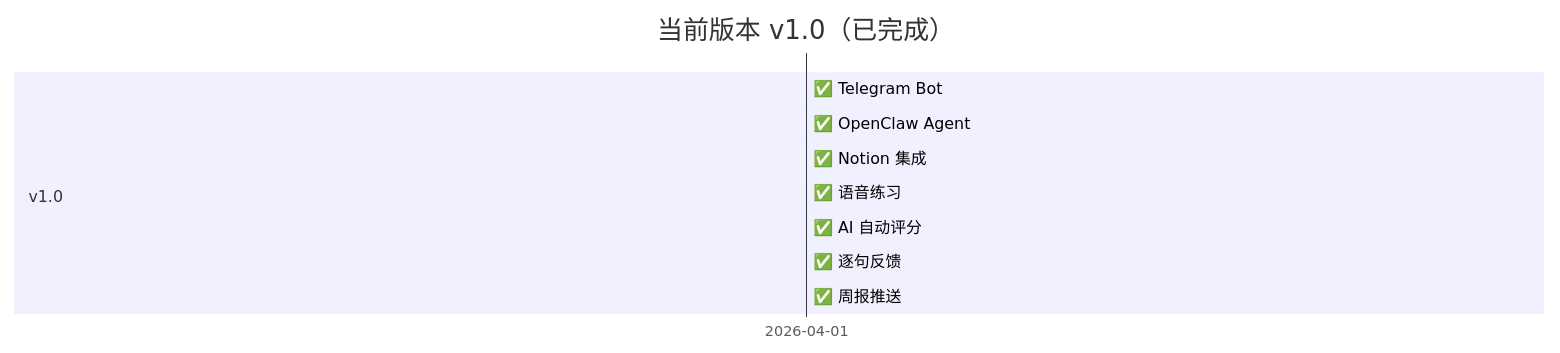
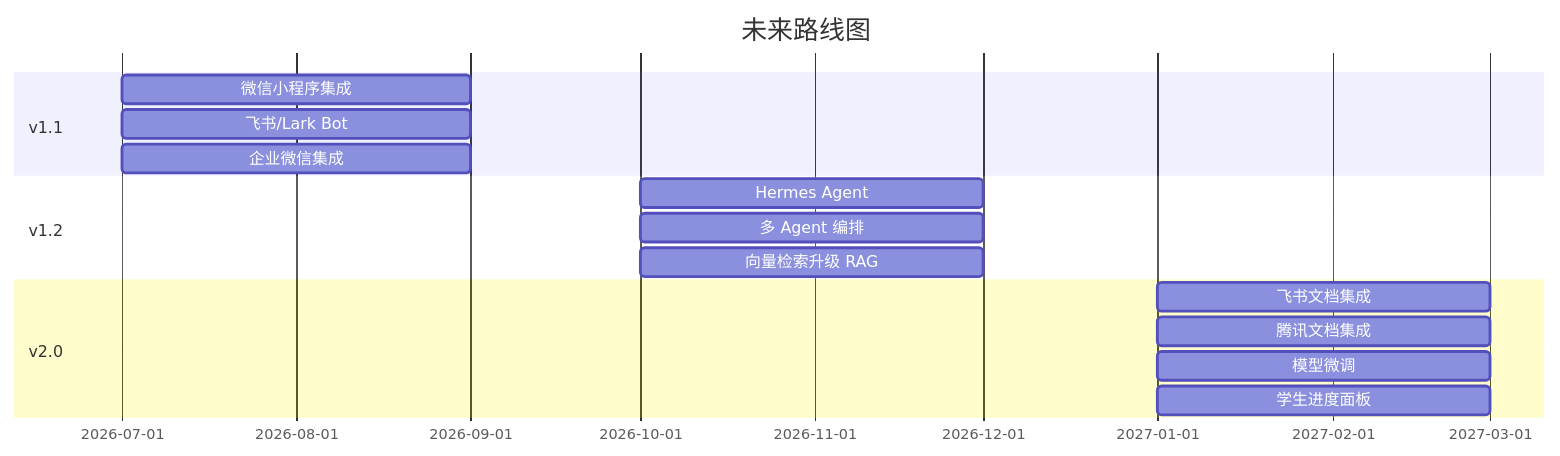
One commit to KaichenCurry/ielts-speaking-ai changed the tenth of 11 diagrams in README.md. Above: the diagram before and after it, drawn with Mermaid. The commit also changed other lines of this file and 1 other file, not shown here.

First line of the commit message:
Convert all ASCII diagrams to Mermaid flowcharts

````diff
--- a/README.md
+++ b/README.md
@@ -320,13 +364,18 @@
 ```mermaid
 gantt
-    title 当前版本 v1.0（已完成）
+    title 未来路线图
     dateFormat  YYYY-MM
-    section v1.0
-    ✅ Telegram Bot          :2026-04-01, 2026-04-15
-    ✅ OpenClaw Agent       :2026-04-01, 2026-04-15
-    ✅ Notion 集成          :2026-04-01, 2026-04-15
-    ✅ 语音练习             :2026-04-01, 2026-04-15
-    ✅ AI 自动评分          :2026-04-01, 2026-04-15
-    ✅ 逐句反馈             :2026-04-01, 2026-04-15
-    ✅ 周报推送             :2026-04-01, 2026-04-15
+    section v1.1
+    微信小程序集成       :2026-07, 2026-09
+    飞书/Lark Bot       :2026-07, 2026-09
+    企业微信集成         :2026-07, 2026-09
+    section v1.2
+    Hermes Agent        :2026-10, 2026-12
+    多 Agent 编排       :2026-10, 2026-12
+    向量检索升级 RAG    :2026-10, 2026-12
+    section v2.0
+    飞书文档集成        :2027-01, 2027-03
+    腾讯文档集成        :2027-01, 2027-03
+    模型微调            :2027-01, 2027-03
+    学生进度面板        :2027-01, 2027-03
 ```
````
